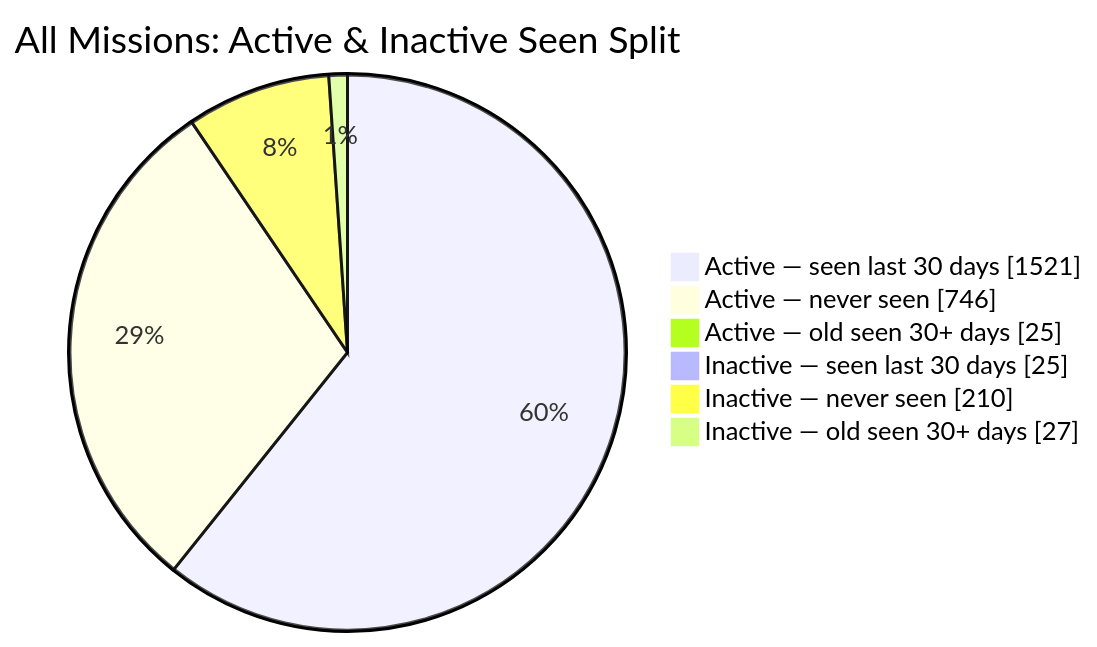
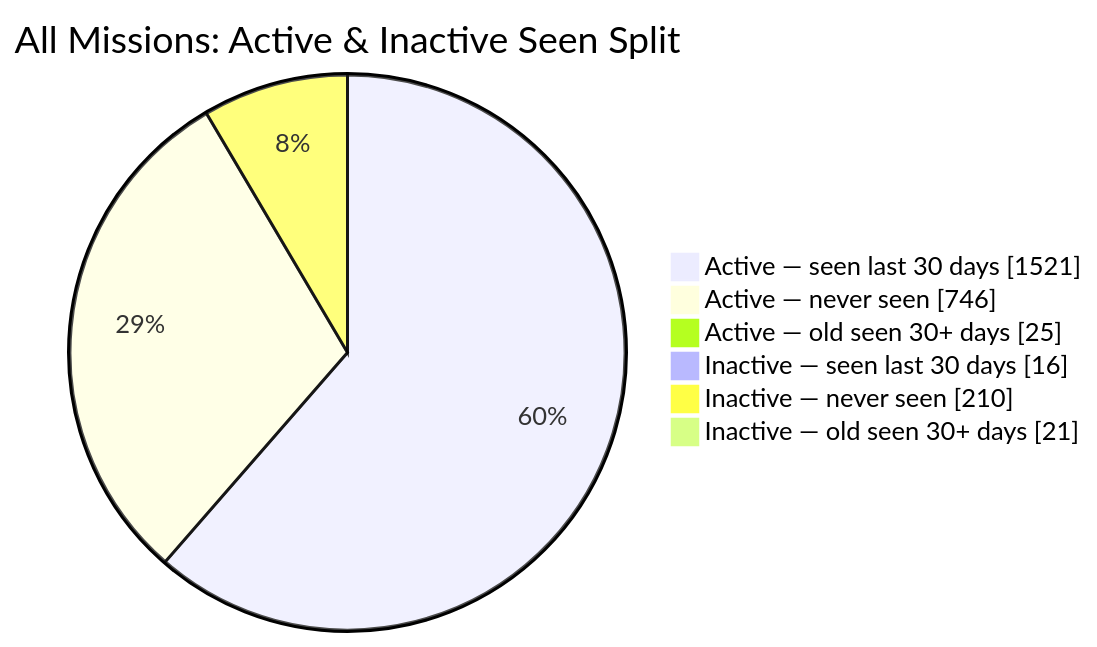
The second of 2 diagrams in README.md (MeldkamerspelGameTeam/active-missions), drawn with Mermaid before and after one commit. The commit also changed other lines of this file and 2 other files, not shown here.

````diff
--- a/README.md
+++ b/README.md
@@ -44,10 +44,10 @@
 ```mermaid
 pie showData
     title All Missions: Active & Inactive Seen Split
     "Active — seen last 30 days" : 1521
     "Active — never seen" : 746
     "Active — old seen 30+ days" : 25
-    "Inactive — seen last 30 days" : 25
+    "Inactive — seen last 30 days" : 16
     "Inactive — never seen" : 210
-    "Inactive — old seen 30+ days" : 27
+    "Inactive — old seen 30+ days" : 21
 ```
````
